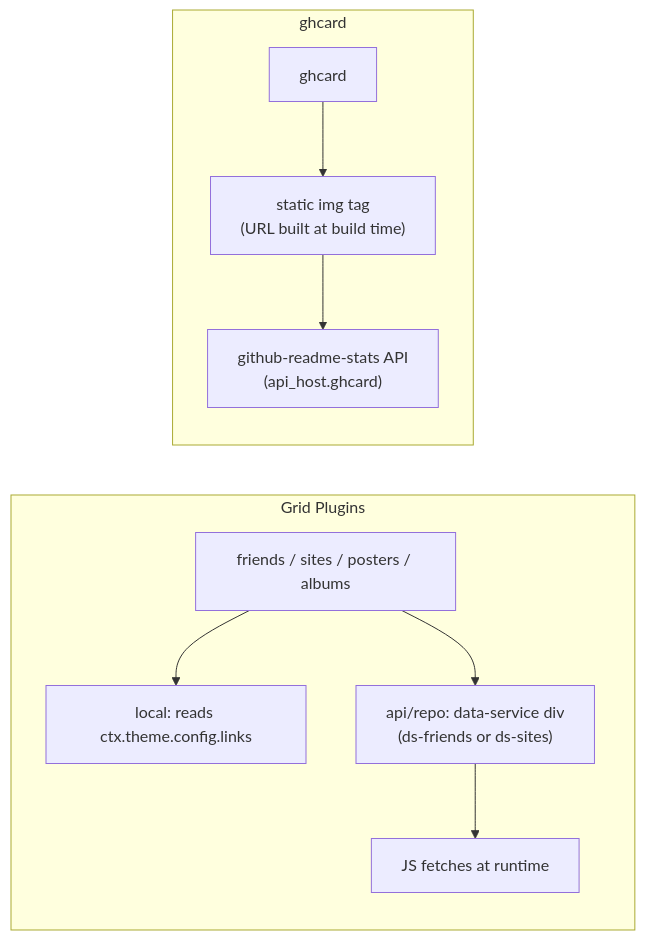
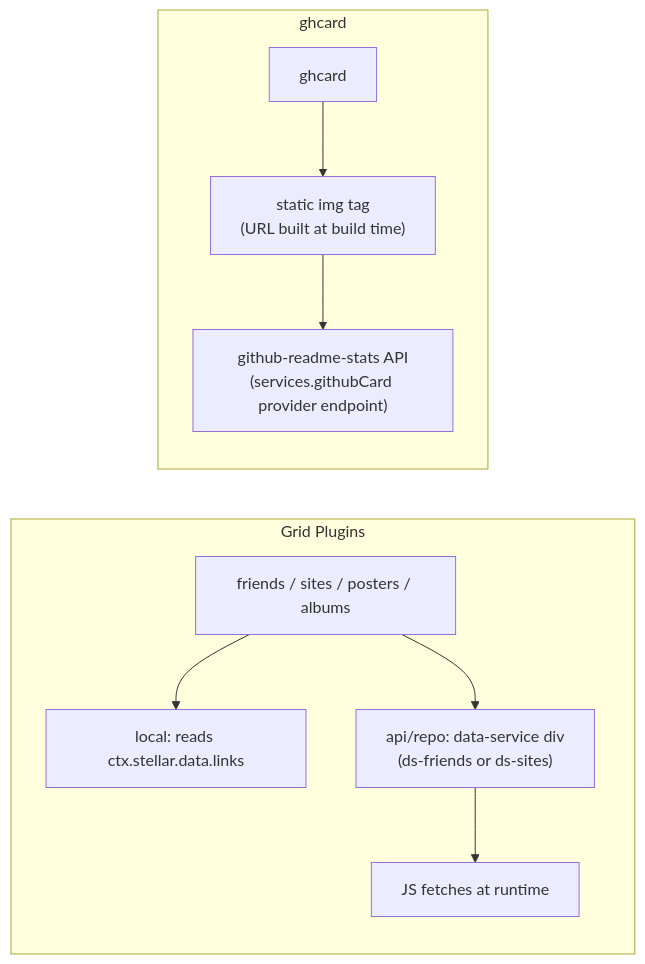
One commit to xaoxuu/hexo-theme-stellar changed the fourth of 4 diagrams in docs/knowledge/04-标签插件/social-content-card-tags.md. Above: the diagram before and after it, drawn with Mermaid. The commit also changed other lines of this file and 861 other files, not shown here.

````diff
--- a/docs/knowledge/04-标签插件/social-content-card-tags.md
+++ b/docs/knowledge/04-标签插件/social-content-card-tags.md
@@ -341,14 +341,14 @@
 ```mermaid
 flowchart LR
     subgraph "Grid Plugins"
         GP["friends / sites / posters / albums"]
-        GP --> LP["local: reads ctx.theme.config.links"]
+        GP --> LP["local: reads ctx.stellar.data.links"]
         GP --> AP["api/repo: data-service div\n(ds-friends or ds-sites)"]
         AP --> JS["JS fetches at runtime"]
     end
     subgraph "ghcard"
         GC["ghcard"]
         GC --> IMG["static img tag\n(URL built at build time)"]
-        IMG --> GHAPI["github-readme-stats API\n(api_host.ghcard)"]
+        IMG --> GHAPI["github-readme-stats API\n(services.githubCard provider endpoint)"]
     end
 ```
````
